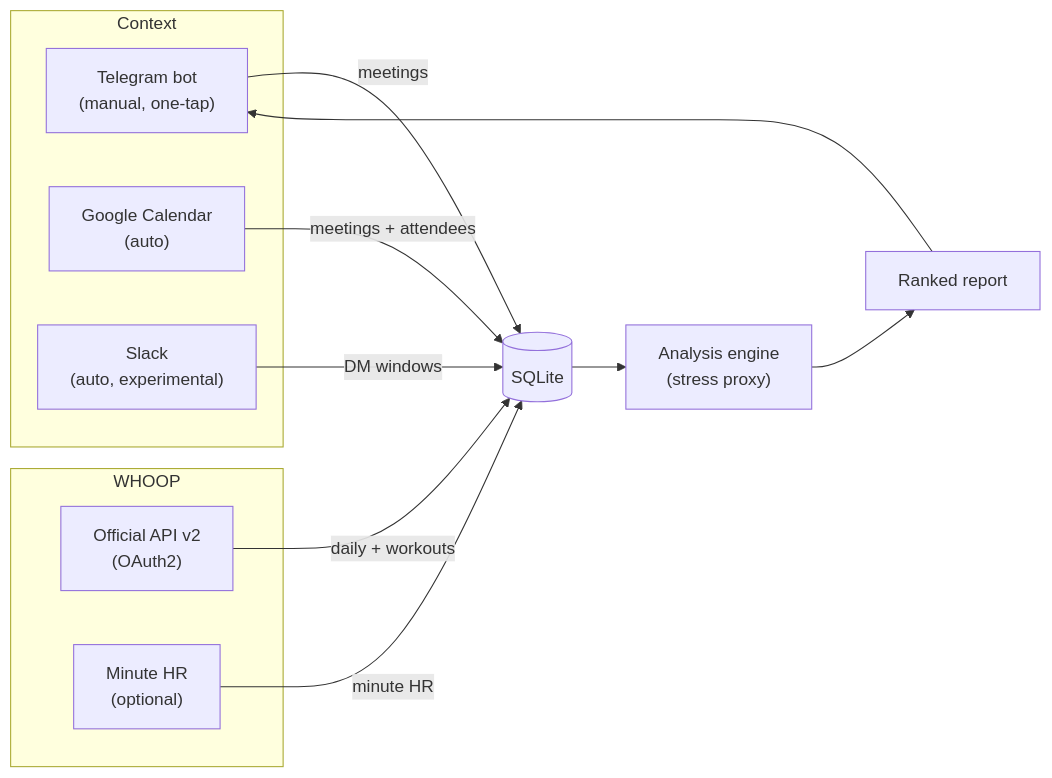
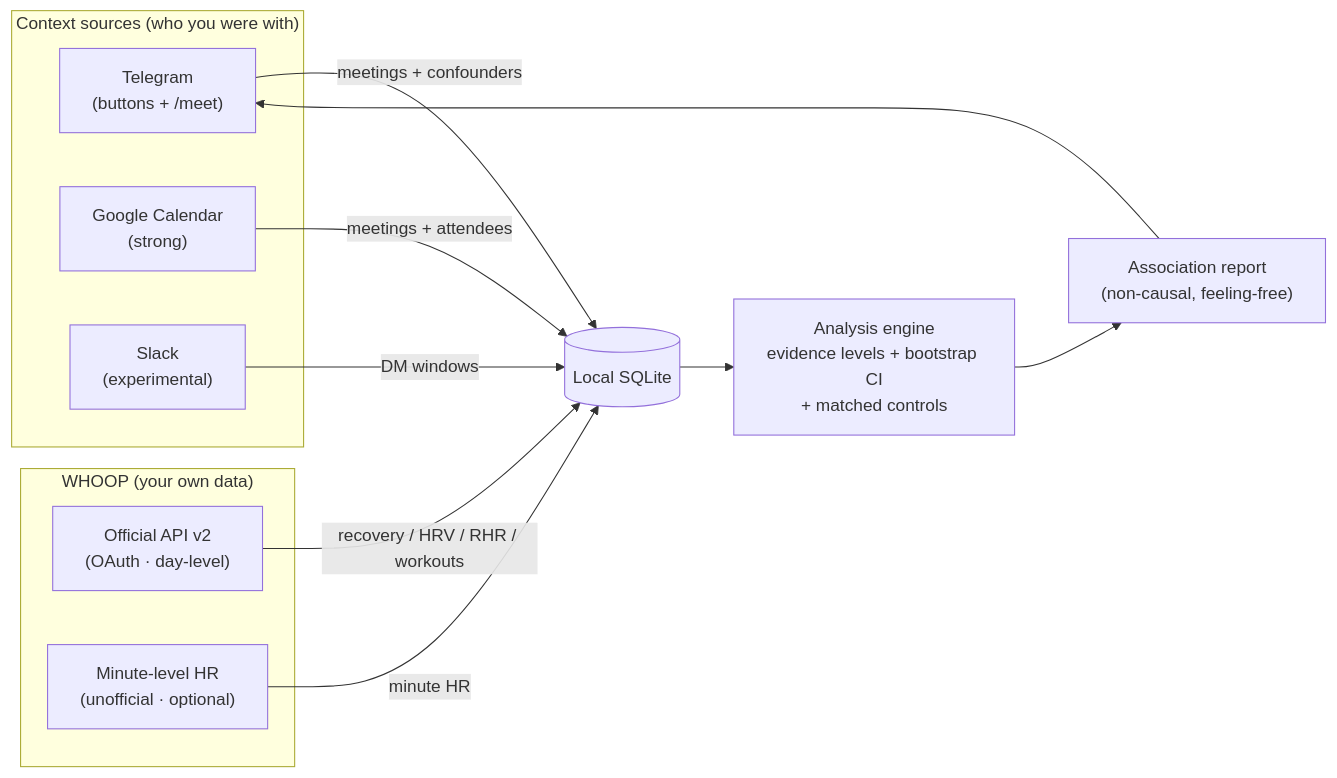
Before and after one commit to archixusa/who-stresses-me-out: the diagram in README.md, drawn with Mermaid. The commit also changed other lines of this file and 5 other files, not shown here.

First line of the commit message:
docs: reframe README (association-only, no-mood), add PRIVACY/ANALYSIS_METHOD/DATA_LIFECYCLE + CHANGELOG; English-only commands

````diff
--- a/README.md
+++ b/README.md
@@ -102,20 +150,20 @@
 ```mermaid
 flowchart LR
-  subgraph Context
-    TG["Telegram bot<br/>(manual, one-tap)"]
-    CAL["Google Calendar<br/>(auto)"]
-    SL["Slack<br/>(auto, experimental)"]
+  subgraph Context["Context sources (who you were with)"]
+    TG["Telegram<br/>(buttons + /meet)"]
+    CAL["Google Calendar<br/>(strong)"]
+    SL["Slack<br/>(experimental)"]
   end
-  subgraph WHOOP
-    OA["Official API v2<br/>(OAuth2)"]
-    UN["Minute HR<br/>(optional)"]
+  subgraph WHOOP["WHOOP (your own data)"]
+    OA["Official API v2<br/>(OAuth · day-level)"]
+    UN["Minute-level HR<br/>(unofficial · optional)"]
   end
-  TG -->|meetings| DB[("SQLite")]
+  TG -->|meetings + confounders| DB[("Local SQLite")]
   CAL -->|meetings + attendees| DB
   SL -->|DM windows| DB
-  OA -->|daily + workouts| DB
+  OA -->|recovery / HRV / RHR / workouts| DB
   UN -->|minute HR| DB
-  DB --> AN["Analysis engine<br/>(stress proxy)"]
-  AN --> RP["Ranked report"]
+  DB --> AN["Analysis engine<br/>evidence levels + bootstrap CI<br/>+ matched controls"]
+  AN --> RP["Association report<br/>(non-causal, feeling-free)"]
   RP --> TG
 ```
````
